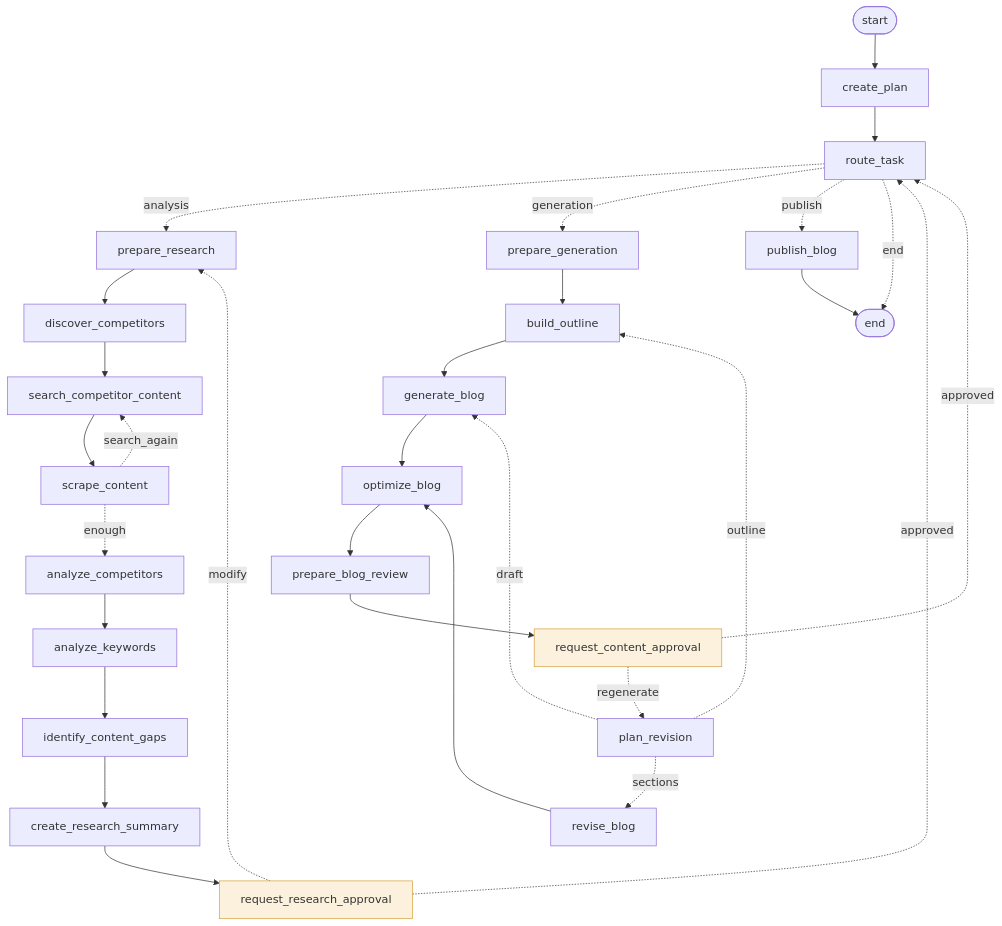
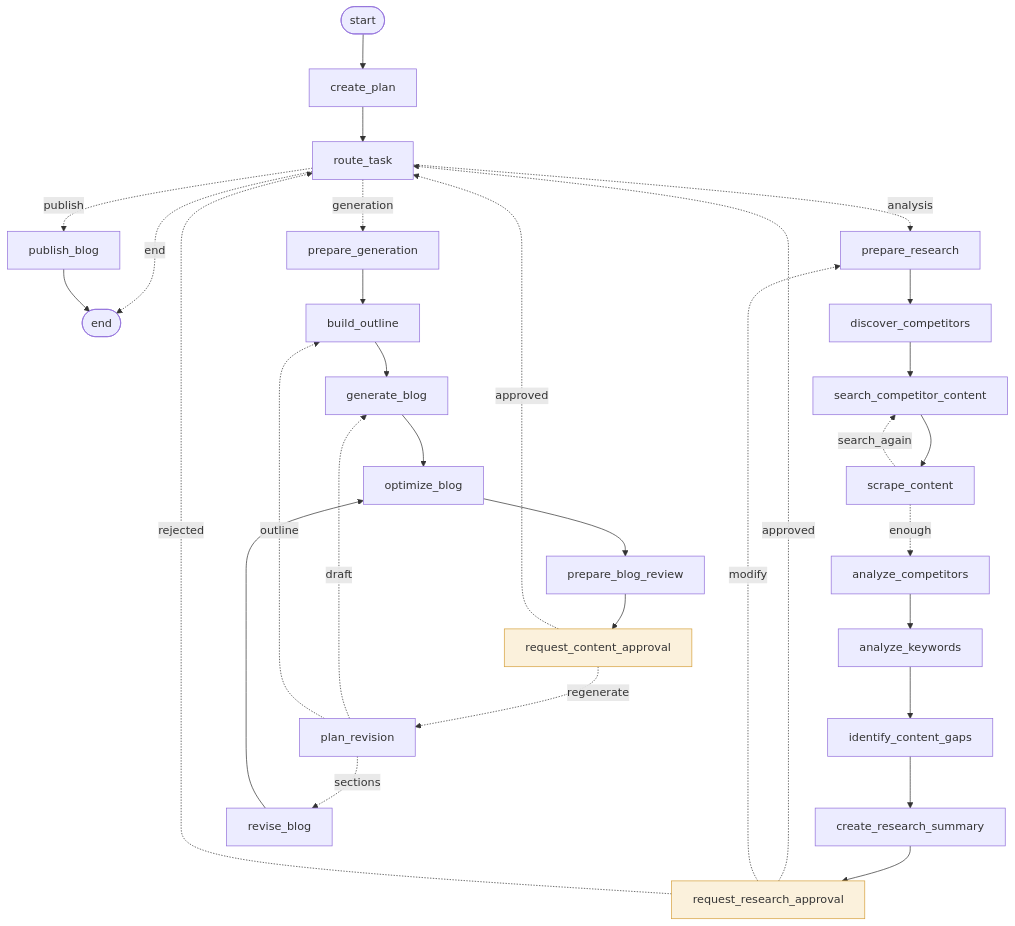
One commit to massabibrahim13/ContentCrew changed the diagram in README.md. Above: the diagram before and after it, drawn with Mermaid. The commit also changed other lines of this file and 48 other files, not shown here.

````diff
--- a/README.md
+++ b/README.md
@@ -100,34 +103,35 @@
 ```mermaid
 graph TD;
 	__start__([start]) --> create_plan;
 	create_plan --> route_task;
 	route_task -. analysis .-> prepare_research;
 	route_task -. generation .-> prepare_generation;
 	route_task -. publish .-> publish_blog;
 	route_task -. end .-> __end__([end]);
 	prepare_research --> discover_competitors;
 	discover_competitors --> search_competitor_content;
 	search_competitor_content --> scrape_content;
 	scrape_content -. enough .-> analyze_competitors;
 	scrape_content -. search_again .-> search_competitor_content;
 	analyze_competitors --> analyze_keywords;
 	analyze_keywords --> identify_content_gaps;
 	identify_content_gaps --> create_research_summary;
 	create_research_summary --> request_research_approval;
 	request_research_approval -. approved .-> route_task;
 	request_research_approval -. modify .-> prepare_research;
+	request_research_approval -. rejected .-> route_task;
 	prepare_generation --> build_outline;
 	build_outline --> generate_blog;
 	generate_blog --> optimize_blog;
 	optimize_blog --> prepare_blog_review;
 	prepare_blog_review --> request_content_approval;
 	request_content_approval -. approved .-> route_task;
 	request_content_approval -. regenerate .-> plan_revision;
 	plan_revision -. sections .-> revise_blog;
 	plan_revision -. draft .-> generate_blog;
 	plan_revision -. outline .-> build_outline;
 	revise_blog --> optimize_blog;
 	publish_blog --> __end__;
 	classDef approval fill:#fbf1dc,stroke:#d6a03c
 	class request_research_approval,request_content_approval approval
 ```
````
